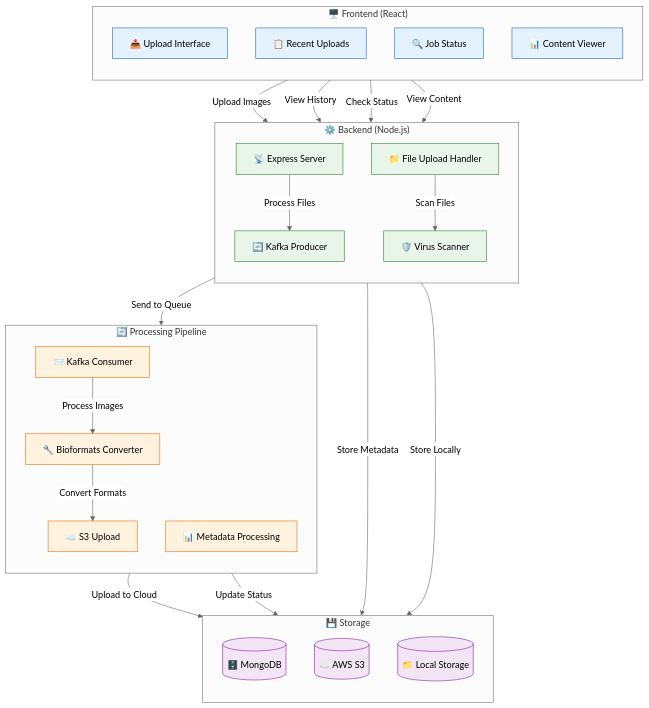
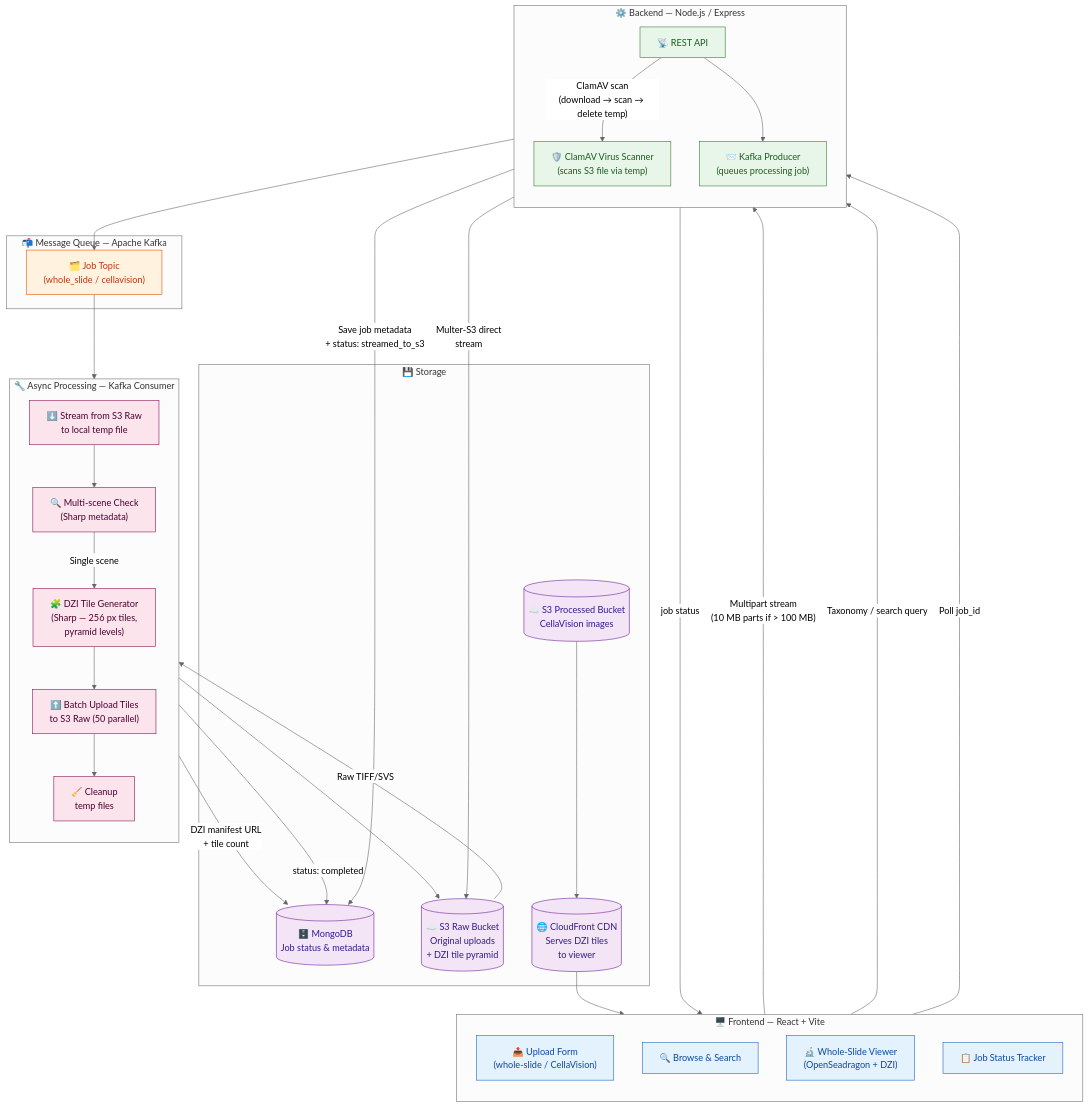
One commit to sakshisingh301/Blood-Smear-Database changed the first of 2 diagrams in README.md. Above: the diagram before and after it, drawn with Mermaid (neutral theme). The commit also changed other lines of this file, not shown here.

First line of the commit message:
Rewrite README: accurate architecture diagrams, DZI pipeline, tech table

````diff
--- a/README.md
+++ b/README.md
@@ -13,61 +15,73 @@
 ```mermaid
 flowchart TB
-    subgraph Frontend["🖥️ Frontend (React)"]
+    subgraph Frontend["🖥️ Frontend — React + Vite"]
         direction TB
-        A["📤 Upload Interface"]
-        B["📋 Recent Uploads"]
-        C["🔍 Job Status"]
-        D["📊 Content Viewer"]
+        A["📤 Upload Form\n(whole-slide / CellaVision)"]
+        B["🔍 Browse & Search"]
+        C["🔬 Whole-Slide Viewer\n(OpenSeadragon + DZI)"]
+        D["📋 Job Status Tracker"]
     end
 
-    subgraph Backend["⚙️ Backend (Node.js)"]
+    subgraph Backend["⚙️ Backend — Node.js / Express"]
         direction TB
-        E["📡 Express Server"]
-        F["🔄 Kafka Producer"]
-        G["📁 File Upload Handler"]
-        H["🛡️ Virus Scanner"]
+        E["📡 REST API"]
+        F["🛡️ ClamAV Virus Scanner\n(scans S3 file via temp)"]
+        G["📨 Kafka Producer\n(queues processing job)"]
     end
 
-    subgraph Processing["🔄 Processing Pipeline"]
+    subgraph Queue["📬 Message Queue — Apache Kafka"]
+        H["🗂️ Job Topic\n(whole_slide / cellavision)"]
+    end
+
+    subgraph Processing["🔧 Async Processing — Kafka Consumer"]
         direction TB
-        I["📨 Kafka Consumer"]
-        J["🔧 Bioformats Converter"]
-        K["☁️ S3 Upload"]
-        L["📊 Metadata Processing"]
+        I["⬇️ Stream from S3 Raw\nto local temp file"]
+        J["🔍 Multi-scene Check\n(Sharp metadata)"]
+        K["🧩 DZI Tile Generator\n(Sharp — 256 px tiles,\npyramid levels)"]
+        L["⬆️ Batch Upload Tiles\nto S3 Raw (50 parallel)"]
+        M["🧹 Cleanup\ntemp files"]
     end
 
     subgraph Storage["💾 Storage"]
-        direction TB
-        M[("🗄️ MongoDB")]
-        N[("☁️ AWS S3")]
-        O[("📁 Local Storage")]
+        N[("🗄️ MongoDB\nJob status & metadata")]
+        O[("☁️ S3 Raw Bucket\nOriginal uploads\n+ DZI tile pyramid")]
+        P[("☁️ S3 Processed Bucket\nCellaVision images")]
+        Q[("🌐 CloudFront CDN\nServes DZI tiles\nto viewer")]
     end
 
-    A -->|"Upload Images"| E
-    B -->|"View History"| E
-    C -->|"Check Status"| E
-    D -->|"View Content"| E
-    
-    E -->|"Process Files"| F
-    E -->|"Store Metadata"| M
-    F -->|"Send to Queue"| I
-    
-    I -->|"Process Images"| J
-    J -->|"Convert Formats"| K
-    K -->|"Upload to Cloud"| N
-    L -->|"Update Status"| M
-    
-    G -->|"Scan Files"| H
-    H -->|"Store Locally"| O
+    A -->|"Multipart stream\n(10 MB parts if > 100 MB)"| E
+    E -->|"Multer-S3 direct\nstream"| O
+    E -->|"ClamAV scan\n(download → scan → delete temp)"| F
+    E -->|"Save job metadata\n+ status: streamed_to_s3"| N
+    E --> G
+    G --> H
+    H --> I
 
-    %% Styling
-    classDef frontend fill:#e3f2fd,stroke:#1565c0
-    classDef backend fill:#e8f5e9,stroke:#2e7d32
-    classDef processing fill:#fff3e0,stroke:#ef6c00
-    classDef storage fill:#f3e5f5,stroke:#7b1fa2
+    I --> J
+    J -->|"Single scene"| K
+    K --> L
+    L --> M
+    L -->|"DZI manifest URL\n+ tile count"| N
+    M -->|"status: completed"| N
 
-    class A,B,C,D frontend
-    class E,F,G,H backend
-    class I,J,K,L processing
-    class M,N,O storage
+    O -->|"Raw TIFF/SVS"| I
+    L --> O
+    P --> Q
+    Q --> C
+
+    B -->|"Taxonomy / search query"| E
+    D -->|"Poll job_id"| E
+    E -->|"job status"| D
+
+    classDef fe fill:#e3f2fd,stroke:#1565c0,color:#0d47a1
+    classDef be fill:#e8f5e9,stroke:#2e7d32,color:#1b5e20
+    classDef queue fill:#fff3e0,stroke:#e65100,color:#bf360c
+    classDef proc fill:#fce4ec,stroke:#880e4f,color:#4a0030
+    classDef store fill:#f3e5f5,stroke:#6a1b9a,color:#311b92
+
+    class A,B,C,D fe
+    class E,F,G be
+    class H queue
+    class I,J,K,L,M proc
+    class N,O,P,Q store
 ```
````
